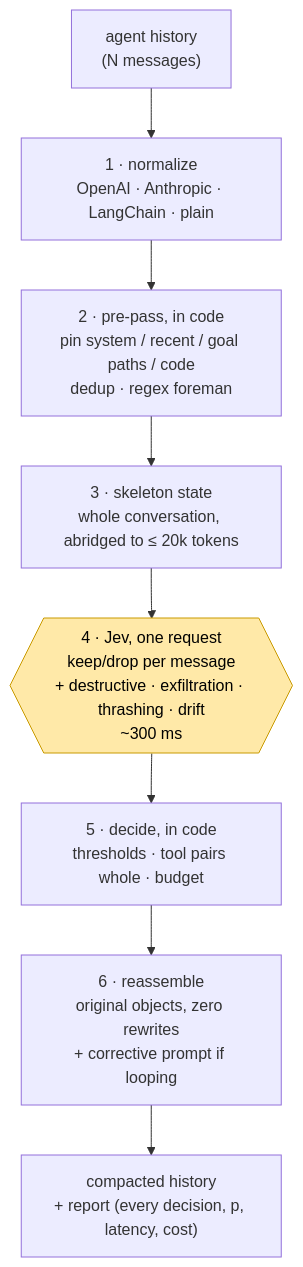
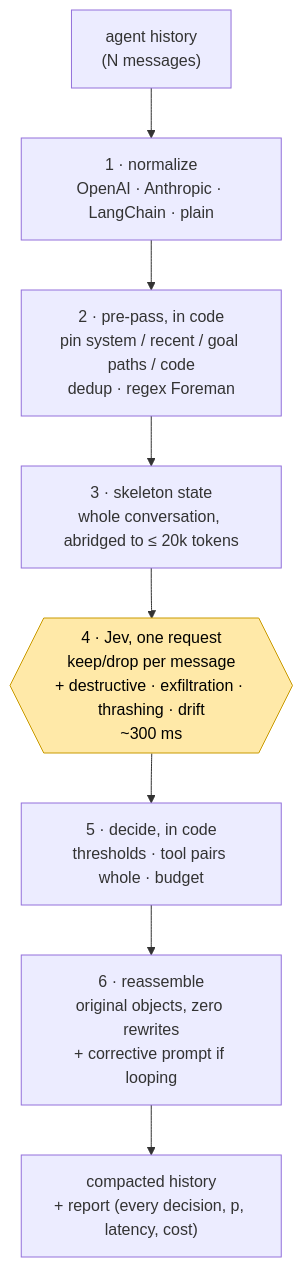
Before and after one commit to edwardyen724-g/jev-compactor: the first of 2 diagrams in README.md, drawn with Mermaid. The commit also changed other lines of this file and 14 other files, not shown here.

````diff
--- a/README.md
+++ b/README.md
@@ -48,11 +112,11 @@
 ```mermaid
 flowchart TB
     A["agent history<br/>(N messages)"] --> B["1 · normalize<br/>OpenAI · Anthropic · LangChain · plain"]
-    B --> C["2 · pre-pass, in code<br/>pin system / recent / goal paths / code<br/>dedup · regex foreman"]
+    B --> C["2 · pre-pass, in code<br/>pin system / recent / goal paths / code<br/>dedup · regex Foreman"]
     C --> D["3 · skeleton state<br/>whole conversation, abridged to ≤ 20k tokens"]
     D --> E{{"4 · Jev, one request<br/>keep/drop per message<br/>+ destructive · exfiltration · thrashing · drift<br/>~300 ms"}}
     E --> F["5 · decide, in code<br/>thresholds · tool pairs whole · budget"]
     F --> G["6 · reassemble<br/>original objects, zero rewrites<br/>+ corrective prompt if looping"]
     G --> H["compacted history<br/>+ report (every decision, p, latency, cost)"]
     style E fill:#ffe9a8,stroke:#c99a00,color:#000
 ```
````
